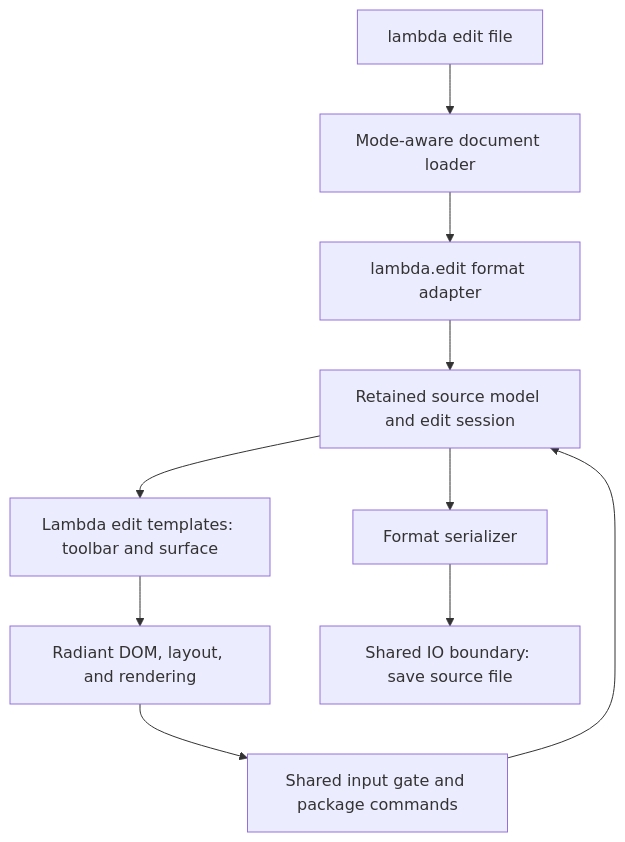
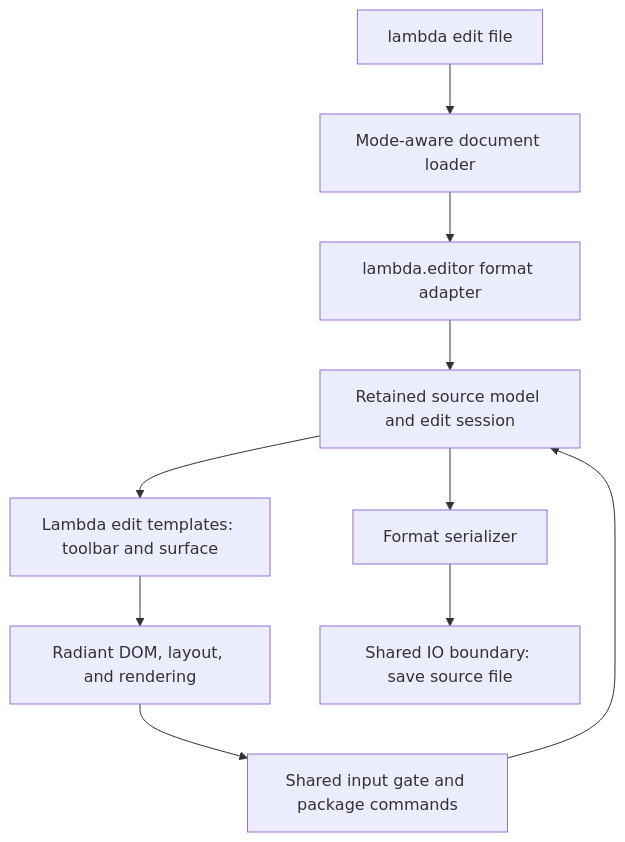
Before and after one commit to henry-luo/lambda: the diagram in vibe/radiant/Radiant_Design_Edit_Mode.md, drawn with Mermaid. The commit also changed other lines of this file and 418 other files, not shown here.

````diff
--- a/vibe/radiant/Radiant_Design_Edit_Mode.md
+++ b/vibe/radiant/Radiant_Design_Edit_Mode.md
@@ -117,12 +124,12 @@
 ```mermaid
 flowchart TD
     A[lambda edit file] --> B[Mode-aware document loader]
-    B --> C[lambda.edit format adapter]
+    B --> C[lambda.editor format adapter]
     C --> D[Retained source model and edit session]
     D --> E[Lambda edit templates: toolbar and surface]
     E --> F[Radiant DOM, layout, and rendering]
     F --> G[Shared input gate and package commands]
     G --> D
     D --> H[Format serializer]
     H --> I[Shared IO boundary: save source file]
 ```
````
